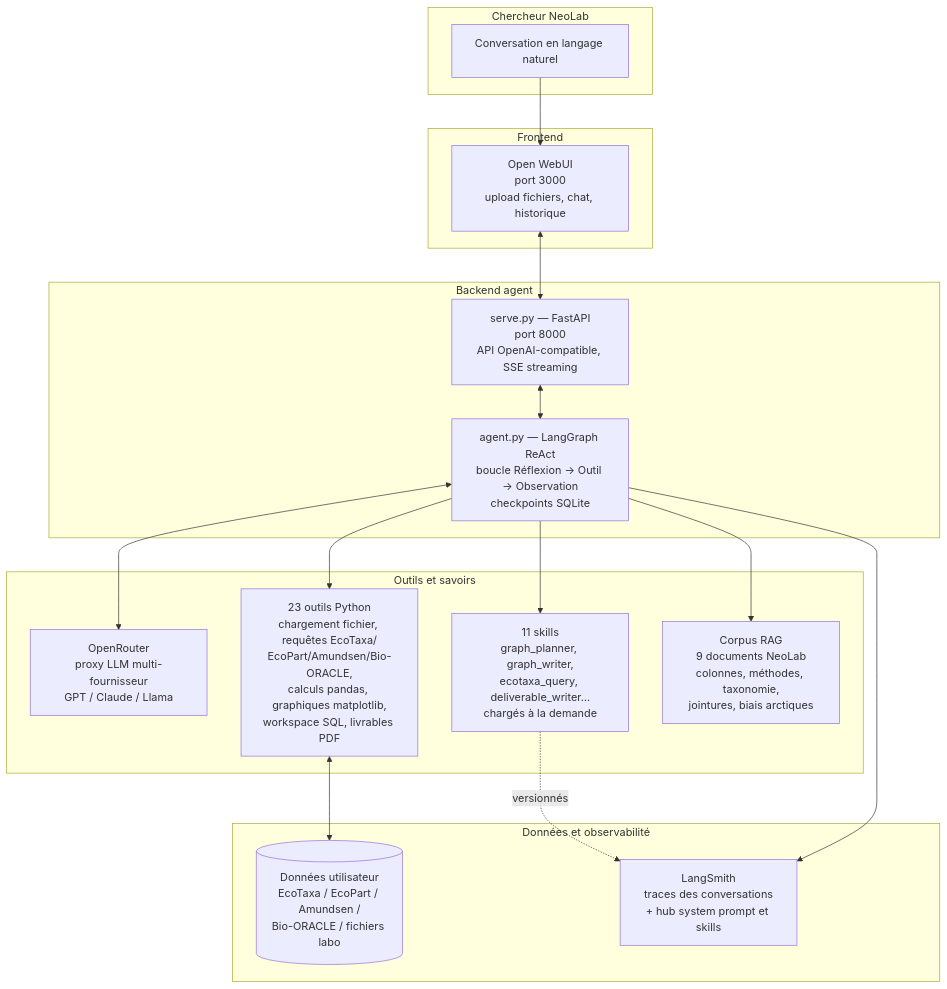
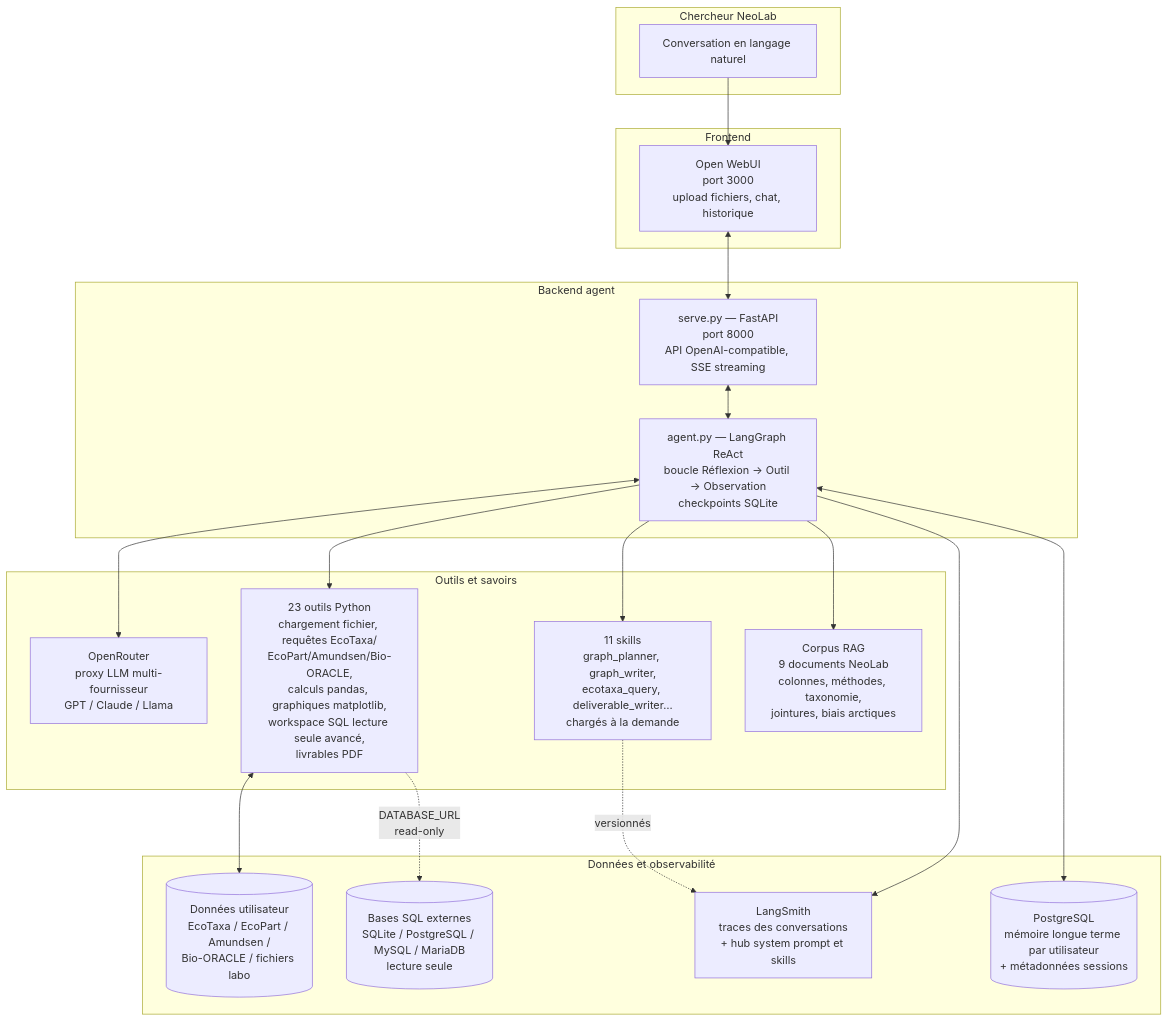
The first of 4 diagrams in docs/BRIEF_SUPERVISEURS_2026-06.md (TidianeCisse777/assistant-copepodes-specs), drawn with Mermaid before and after one commit. The commit also changed other lines of this file, not shown here.

Commit message:
docs(brief): add long-term memory section + update architecture diagram

````diff
--- a/docs/BRIEF_SUPERVISEURS_2026-06.md
+++ b/docs/BRIEF_SUPERVISEURS_2026-06.md
@@ -31,38 +31,42 @@
 ```mermaid
 flowchart TB
     subgraph U[Chercheur NeoLab]
         H[Conversation en langage naturel]
     end
 
     subgraph F[Frontend]
         OW[Open WebUI<br/>port 3000<br/>upload fichiers, chat, historique]
     end
 
     subgraph B[Backend agent]
         S[serve.py — FastAPI<br/>port 8000<br/>API OpenAI-compatible, SSE streaming]
         A[agent.py — LangGraph ReAct<br/>boucle Réflexion → Outil → Observation<br/>checkpoints SQLite]
     end
 
     subgraph T[Outils et savoirs]
         OR[OpenRouter<br/>proxy LLM multi-fournisseur<br/>GPT / Claude / Llama]
-        TOOLS[23 outils Python<br/>chargement fichier, requêtes EcoTaxa/<br/>EcoPart/Amundsen/Bio-ORACLE,<br/>calculs pandas, graphiques matplotlib,<br/>workspace SQL, livrables PDF]
+        TOOLS[23 outils Python<br/>chargement fichier, requêtes EcoTaxa/<br/>EcoPart/Amundsen/Bio-ORACLE,<br/>calculs pandas, graphiques matplotlib,<br/>workspace SQL lecture seule avancé,<br/>livrables PDF]
         SKILLS[11 skills<br/>graph_planner, graph_writer,<br/>ecotaxa_query, deliverable_writer…<br/>chargés à la demande]
         RAG[Corpus RAG<br/>9 documents NeoLab<br/>colonnes, méthodes, taxonomie,<br/>jointures, biais arctiques]
     end
 
     subgraph D[Données et observabilité]
         DATA[(Données utilisateur<br/>EcoTaxa / EcoPart / Amundsen /<br/>Bio-ORACLE / fichiers labo)]
+        SQLDB[(Bases SQL externes<br/>SQLite / PostgreSQL / MySQL / MariaDB<br/>lecture seule)]
         LS[LangSmith<br/>traces des conversations<br/>+ hub system prompt et skills]
+        MEM[(PostgreSQL<br/>mémoire longue terme par utilisateur<br/>+ métadonnées sessions)]
     end
 
     H --> OW
     OW <--> S
     S <--> A
     A <--> OR
     A --> TOOLS
     A --> SKILLS
     A --> RAG
     TOOLS <--> DATA
+    TOOLS -.DATABASE_URL<br/>read-only.-> SQLDB
     A --> LS
+    A <--> MEM
     SKILLS -.versionnés.-> LS
 ```
````
